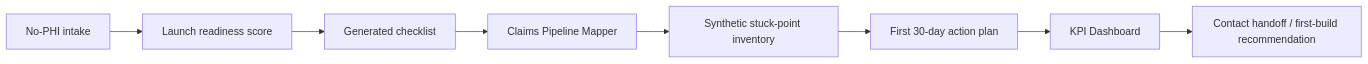
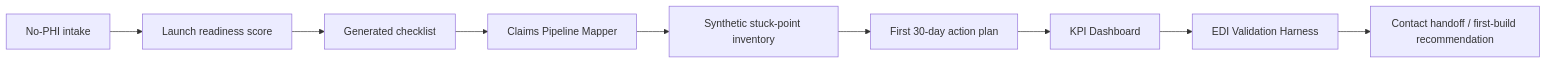
One commit to RevCycleMGMT/revcyclemgmt-app-shell changed the diagram in README.md. Above: the diagram before and after it, drawn with Mermaid. The commit also changed other lines of this file and 12 other files, not shown here.

Commit message:
Add EDI validation harness workspace

````diff
--- a/README.md
+++ b/README.md
@@ -123,10 +156,11 @@
 ```mermaid
 flowchart LR
     A[No-PHI intake] --> B[Launch readiness score]
     B --> C[Generated checklist]
     C --> D[Claims Pipeline Mapper]
     D --> E[Synthetic stuck-point inventory]
     E --> F[First 30-day action plan]
     F --> G[KPI Dashboard]
-    G --> H[Contact handoff / first-build recommendation]
+    G --> H[EDI Validation Harness]
+    H --> I[Contact handoff / first-build recommendation]
 ```
````
